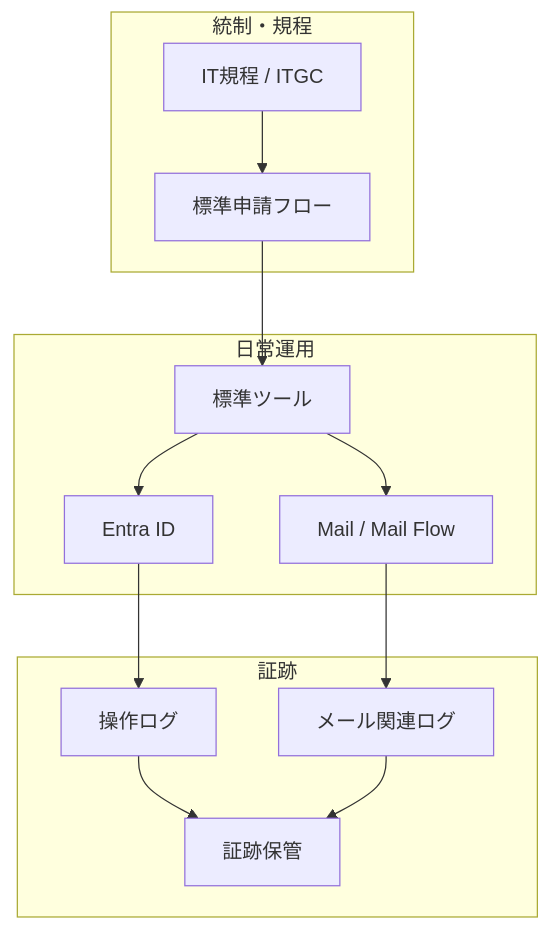
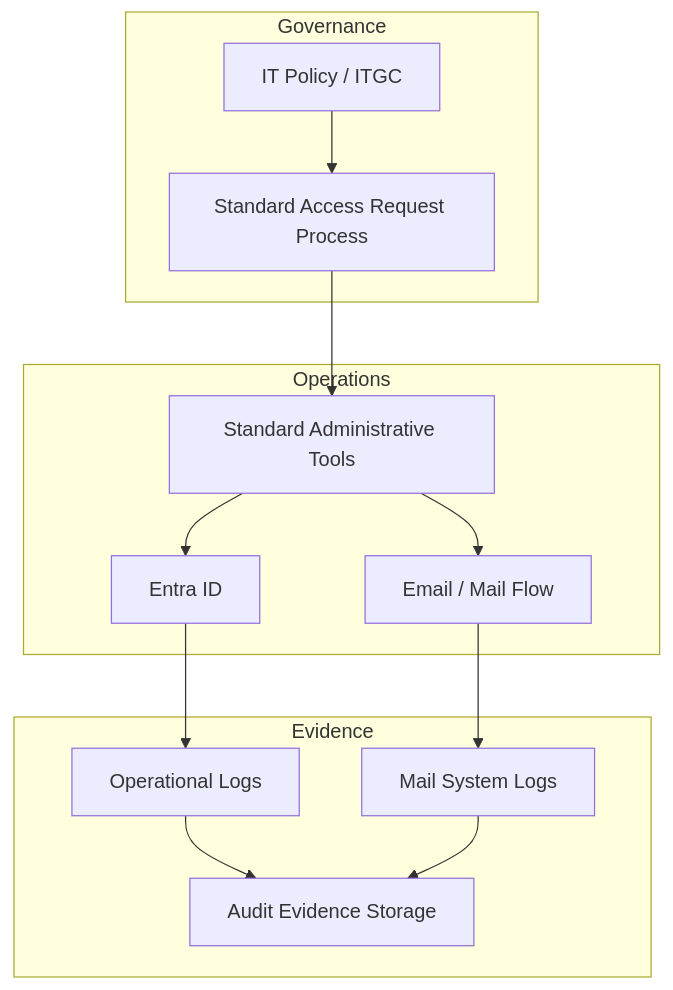
One commit to conti0513/development_public changed the diagram in 04_PROJECTS/02_enterprise_identity_management/README.md. Above: the diagram before and after it, drawn with Mermaid. The commit also changed other lines of this file and 7 other files, not shown here.

````diff
--- a/04_PROJECTS/02_enterprise_identity_management/README.md
+++ b/04_PROJECTS/02_enterprise_identity_management/README.md
@@ -59,20 +76,20 @@
 ```mermaid
 graph TD
-    subgraph Governance [統制・規程]
-        Policy[IT規程 / ITGC]
-        Policy --> Workflow[標準申請フロー]
+    subgraph Governance
+        Policy[IT Policy / ITGC]
+        Policy --> Workflow[Standard Access Request Process]
     end
 
-    subgraph Operation [日常運用]
-        Workflow --> Tool[標準ツール]
+    subgraph Operations
+        Workflow --> Tool[Standard Administrative Tools]
         Tool --> Entra[Entra ID]
-        Tool --> Mail[Mail / Mail Flow]
+        Tool --> Mail[Email / Mail Flow]
     end
 
-    subgraph Evidence [証跡]
-        Entra --> Log1[操作ログ]
-        Mail --> Log2[メール関連ログ]
-        Log1 --> Archive[証跡保管]
+    subgraph Evidence
+        Entra --> Log1[Operational Logs]
+        Mail --> Log2[Mail System Logs]
+        Log1 --> Archive[Audit Evidence Storage]
         Log2 --> Archive
     end
 ```
````
